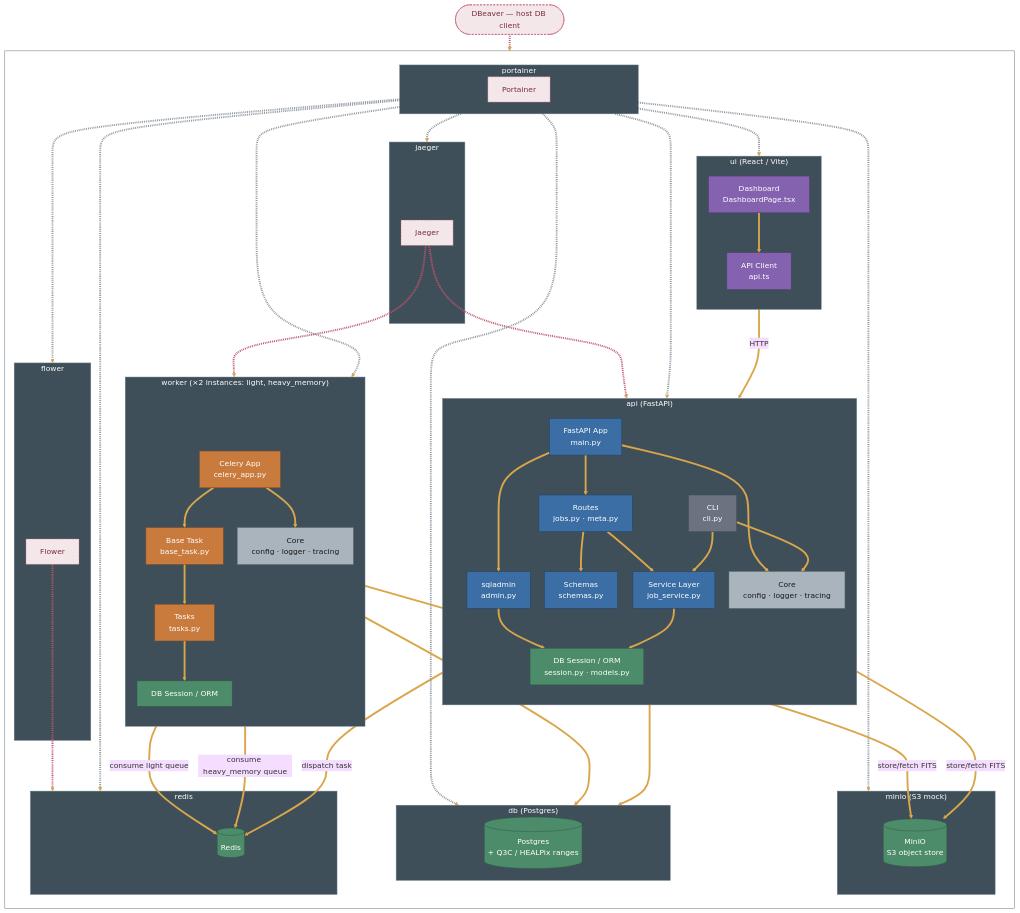
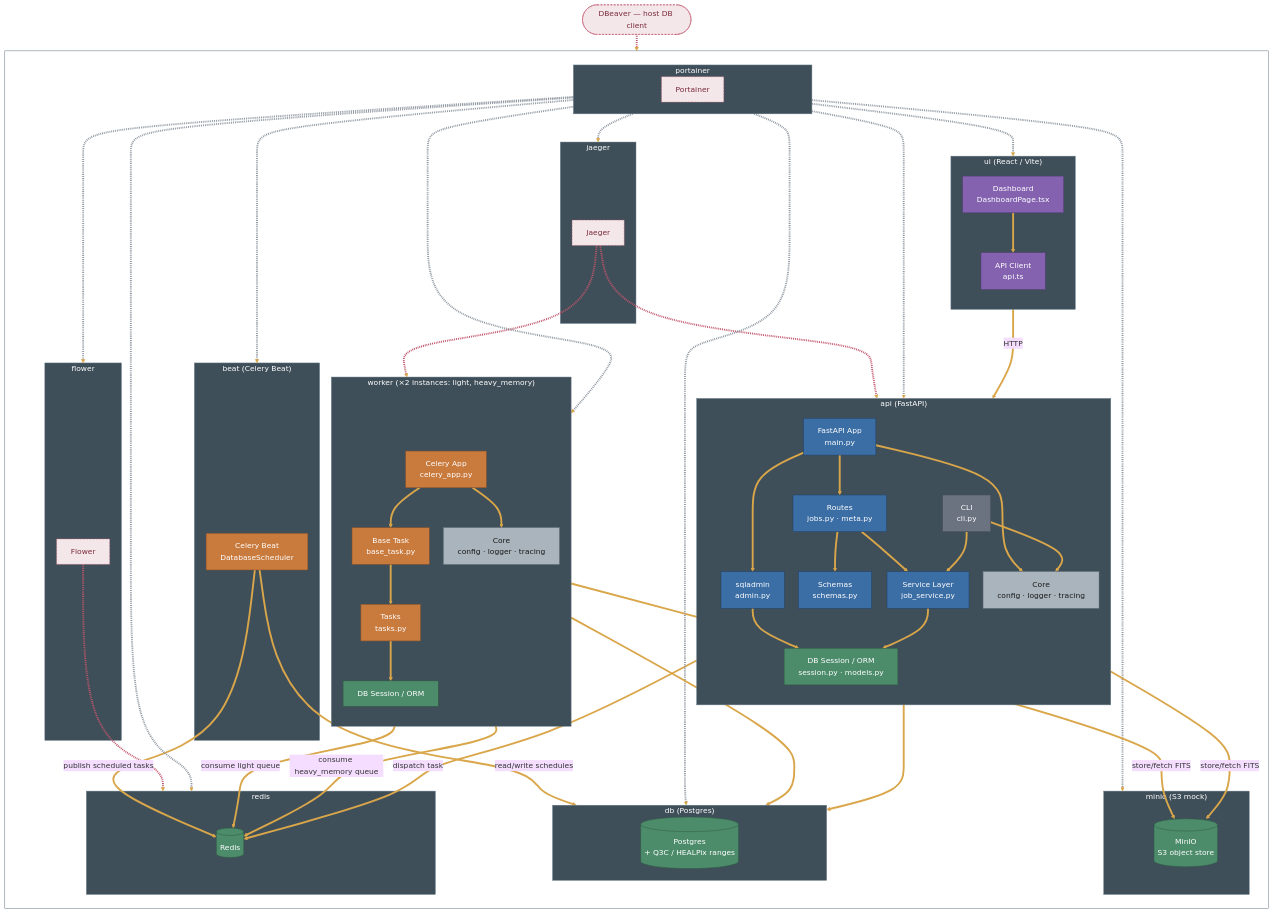
Before and after one commit to davecoulter/diffpype_claude: the diagram in docs/diagrams/infrastructure_topology.md, drawn with Mermaid (base theme). The commit also changed other lines of this file and 49 other files, not shown here.

````diff
--- a/docs/diagrams/infrastructure_topology.md
+++ b/docs/diagrams/infrastructure_topology.md
@@ -63,6 +63,10 @@
             w_app --> w_core
         end
 
+        subgraph beat_c["beat (Celery Beat)"]
+            beat_app["Celery Beat<br/>DatabaseScheduler"]:::workerLayer
+        end
+
         subgraph ui_c["ui (React / Vite)"]
             direction TB
             ui_view["Dashboard<br/>DashboardPage.tsx"]:::uiLayer
@@ -112,6 +116,11 @@
     w_tasks -->|store/fetch FITS| minio_node
     portainer_node -.-> minio_c
 
+    %% Beat scheduler (declared last so existing link indices stay valid)
+    beat_app -->|read/write schedules| db
+    beat_app -->|publish scheduled tasks| redis
+    portainer_node -.-> beat_c
+
     classDef apiLayer fill:#3B6EA5,stroke:#1F4066,color:#fff
     classDef workerLayer fill:#C97A3D,stroke:#8A4F24,color:#fff
     classDef repo fill:#4C8C6B,stroke:#2E5842,color:#fff
@@ -123,7 +132,7 @@
     classDef spacer fill:transparent,stroke:transparent,color:transparent
     classDef networkBg fill:transparent,stroke:#5A6C77,color:#fff
 
-    class db_c,redis_c,minio_c,api_c,worker_c,ui_c,jaeger_c,flower_c,portainer_c containerBg
+    class db_c,redis_c,minio_c,api_c,worker_c,beat_c,ui_c,jaeger_c,flower_c,portainer_c containerBg
     class network networkBg
 
     %% Tier 1 (default): solid amber — configured application data flow between components
@@ -131,7 +140,7 @@
     %% Invisible spacer links used only to center nodes within db_c, worker_c, portainer_c — must override the amber default or they render as dangling solid lines
     linkStyle 0,1,11,17,18 stroke:none,stroke-width:0
     %% Tier 3: dashed cool steel gray — Portainer manages containers at the Docker daemon level, independent of what's running inside them
-    linkStyle 25,26,27,28,29,30,31,38 stroke:#8F97A0,stroke-width:4px
+    linkStyle 25,26,27,28,29,30,31,38,41 stroke:#8F97A0,stroke-width:4px
     %% Tier 2: dashed rose — Jaeger/Flower/DBeaver observe a specific process's exposed port/protocol (OTLP, Celery/Redis state, Postgres wire protocol)
     linkStyle 32,33,34,35 stroke:#C0546A,stroke-width:4px
 ```
````
